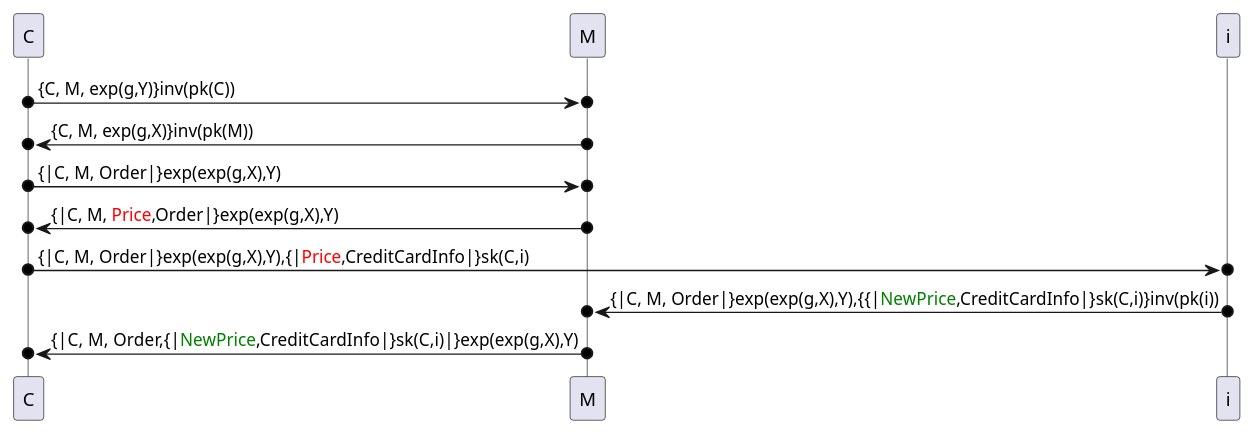
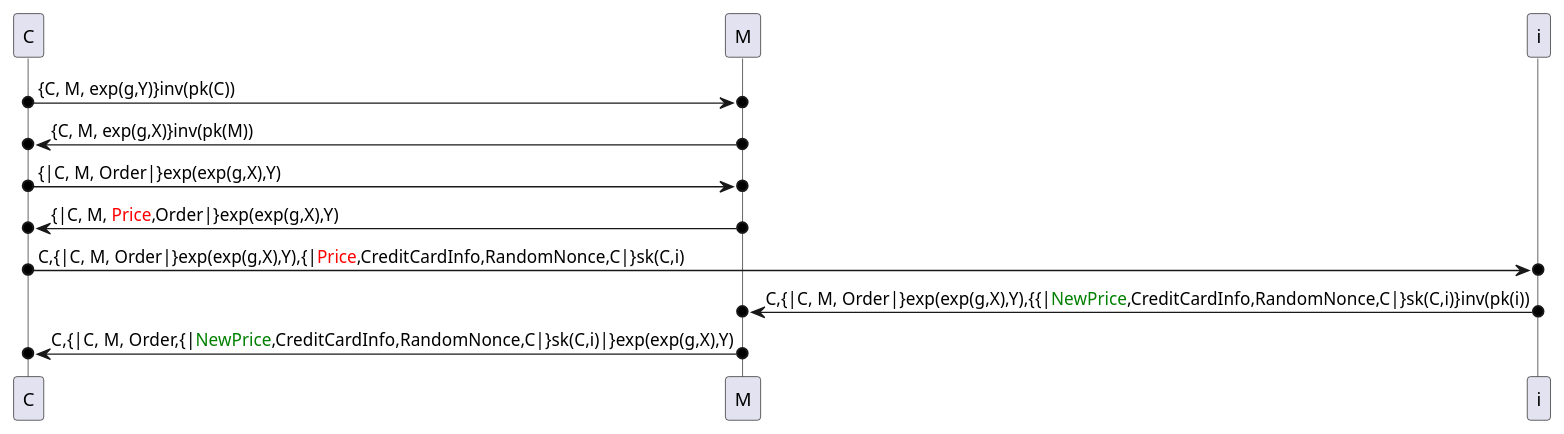
Before and after one commit to DDFipZ/02244-Logic-Security: the diagram in Iterations/iteration5-paymentIntruder.puml, drawn with PlantUML. The commit also changed 1 other file, not shown here.

```diff
--- a/Iterations/iteration5-paymentIntruder.puml
+++ b/Iterations/iteration5-paymentIntruder.puml
@@ -1,22 +1,22 @@
 @startuml
 <Style>
 sequenceDiagram {
     Lifeline {
         linestyle solid
     }
 }
 </Style>
 
 participant C as "C"
 participant M as "M"
 participant p as "i"
 
 C o->o M : {C, M, exp(g,Y)}inv(pk(C))
 M o->o C : {C, M, exp(g,X)}inv(pk(M))
 C o->o M : {|C, M, Order|}exp(exp(g,X),Y)
 M o->o C : {|C, M, <color:Red>Price</color>,Order|}exp(exp(g,X),Y)
-C o->o p : {|C, M, Order|}exp(exp(g,X),Y),{|<color:Red>Price</color>,CreditCardInfo|}sk(C,i)
-p o->o M : {|C, M, Order|}exp(exp(g,X),Y),{{|<color:Green>NewPrice</color>,CreditCardInfo|}sk(C,i)}inv(pk(i))
-M o->o C : {|C, M, Order,{|<color:Green>NewPrice</color>,CreditCardInfo|}sk(C,i)|}exp(exp(g,X),Y)
+C o->o p : C,{|C, M, Order|}exp(exp(g,X),Y),{|<color:Red>Price</color>,CreditCardInfo,RandomNonce,C|}sk(C,i)
+p o->o M : C,{|C, M, Order|}exp(exp(g,X),Y),{{|<color:Green>NewPrice</color>,CreditCardInfo,RandomNonce,C|}sk(C,i)}inv(pk(i))
+M o->o C : C,{|C, M, Order,{|<color:Green>NewPrice</color>,CreditCardInfo,RandomNonce,C|}sk(C,i)|}exp(exp(g,X),Y)
 
 @enduml
```
